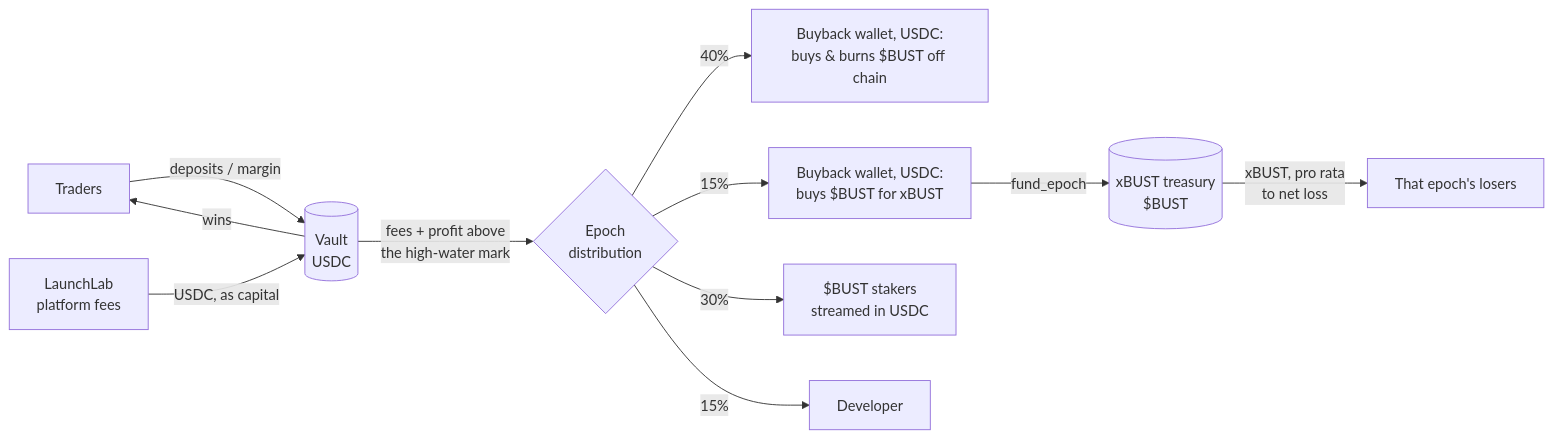
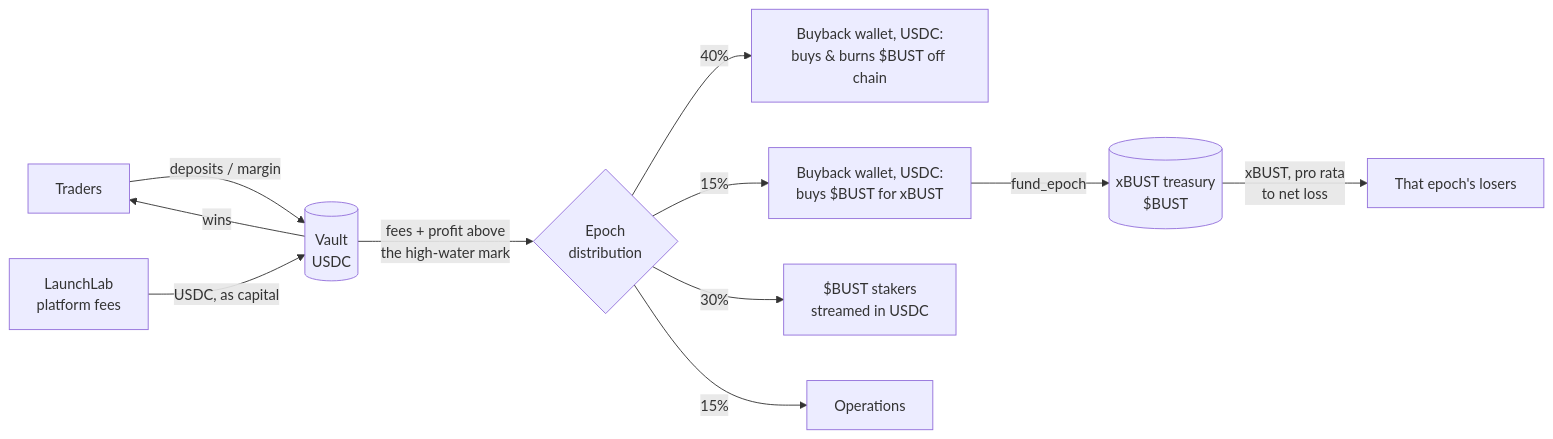
The first of 2 diagrams in README.md (get-bust/bust-program), drawn with Mermaid before and after one commit. The commit also changed other lines of this file, not shown here.

First line of the commit message:
README: call the 15% share operations

````diff
--- a/README.md
+++ b/README.md
@@ -45,13 +45,13 @@
 ```mermaid
 flowchart LR
     T[Traders] -- deposits / margin --> V[(Vault<br/>USDC)]
     V -- wins --> T
     LL[LaunchLab<br/>platform fees] -- USDC, as capital --> V
     V -- "fees + profit above<br/>the high-water mark" --> D{Epoch<br/>distribution}
     D -- 40% --> B[Buyback wallet, USDC:<br/>buys & burns $BUST off chain]
     D -- 15% --> X[Buyback wallet, USDC:<br/>buys $BUST for xBUST]
     D -- 30% --> S[$BUST stakers<br/>streamed in USDC]
-    D -- 15% --> DEV[Developer]
+    D -- 15% --> DEV[Operations]
     X -- fund_epoch --> TR[(xBUST treasury<br/>$BUST)]
     TR -- "xBUST, pro rata<br/>to net loss" --> L[That epoch's losers]
 ```
````
